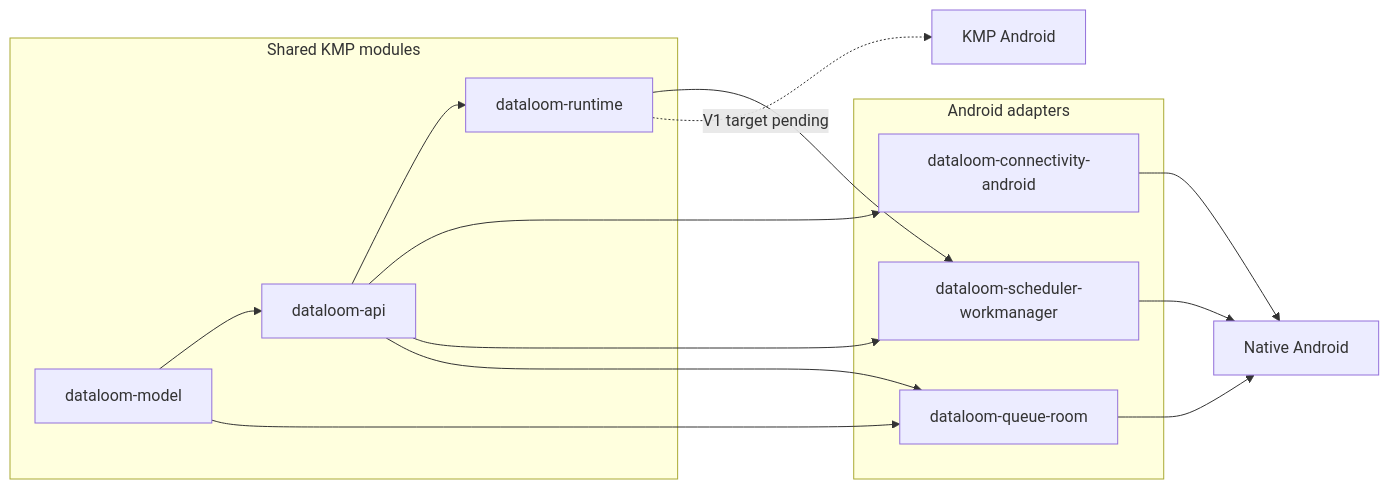
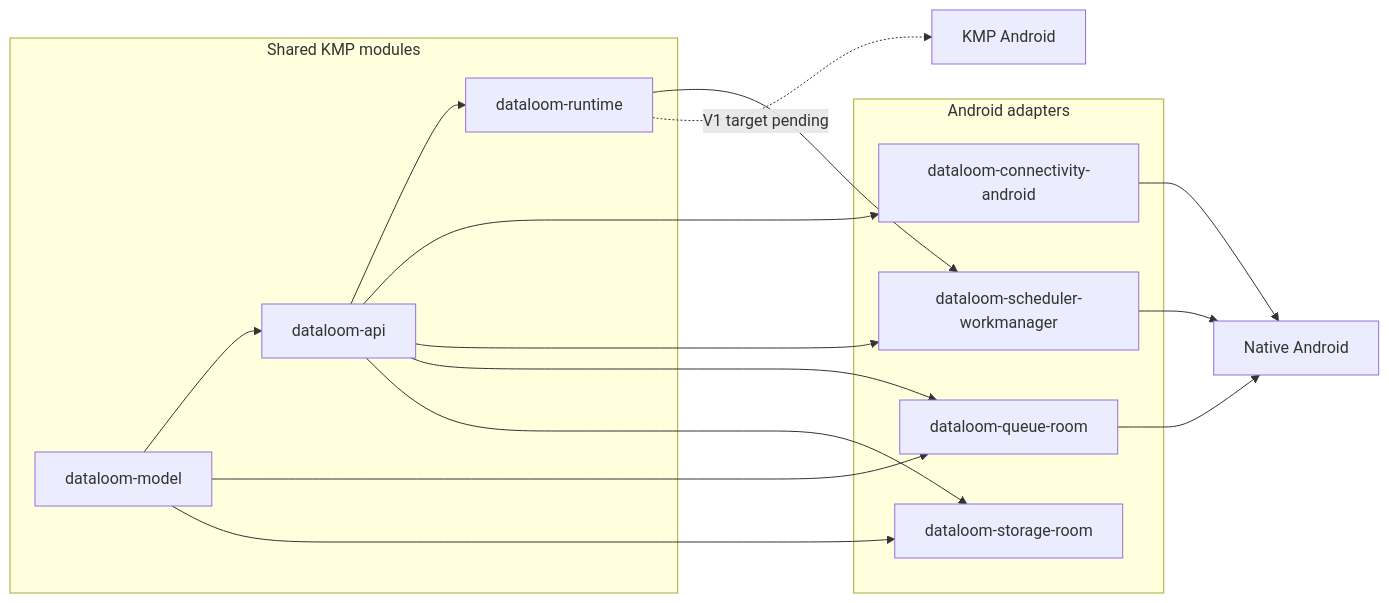
One commit to dataloom-sdk/dataloom changed the diagram in docs/android/README.md. Above: the diagram before and after it, drawn with Mermaid. The commit also changed other lines of this file and 20 other files, not shown here.

Commit message:
Add Room storage provider module

````diff
--- a/docs/android/README.md
+++ b/docs/android/README.md
@@ -37,28 +38,31 @@
 ```mermaid
 flowchart LR
     subgraph sharedModules["Shared KMP modules"]
         model["dataloom-model"]
         api["dataloom-api"]
         runtime["dataloom-runtime"]
         model --> api
         api --> runtime
     end
 
     subgraph androidAdapters["Android adapters"]
         connectivity["dataloom-connectivity-android"]
         scheduler["dataloom-scheduler-workmanager"]
         persistence["dataloom-queue-room"]
+        storage["dataloom-storage-room"]
     end
 
     model --> persistence
     api --> connectivity
     api --> scheduler
     api --> persistence
+    model --> storage
+    api --> storage
     runtime --> scheduler
 
     connectivity --> nativeApp["Native Android"]
     scheduler --> nativeApp
     persistence --> nativeApp
 
     runtime -.->|"V1 target pending"| kmpApp["KMP Android"]
 ```
````
